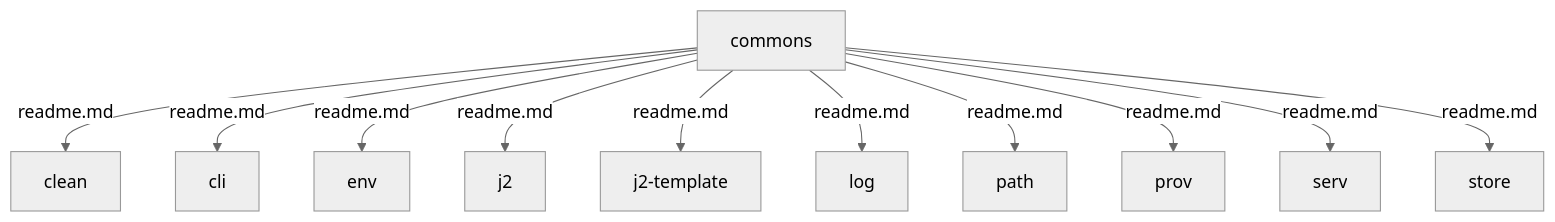
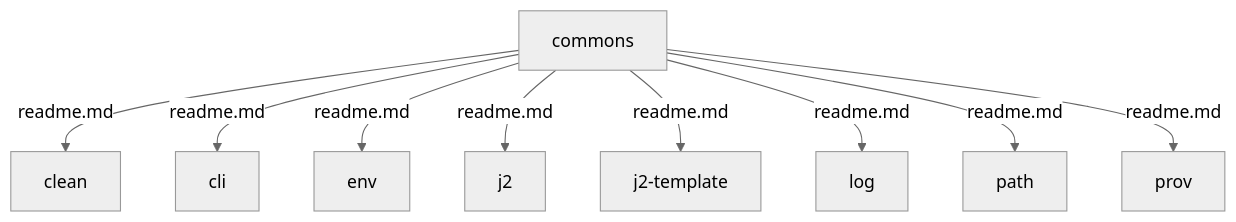
The second of 2 diagrams in README.md (vliz-be-opsci/py-sema), drawn with Mermaid (neutral theme) before and after one commit. The commit also changed other lines of this file, not shown here.

Commit message:
fixed docs links

````diff
--- a/README.md
+++ b/README.md
@@ -29,23 +29,19 @@
 ```mermaid
 graph TD
     commons --> | readme.md | clean
-    click clean "./sema/commons/clean/README.md"
+    click clean "https://github.com/vliz-be-opsci/py-sema/blob/main/sema/commons/clean/README.md"
     commons --> | readme.md | cli
-    click cli "./sema/commons/cli/README.md"
+    click cli "https://github.com/vliz-be-opsci/py-sema/blob/main/sema/commons/cli/README.md"
     commons --> | readme.md | env
-    click env "./sema/commons/env/README.md"
+    click env "https://github.com/vliz-be-opsci/py-sema/blob/main/sema/commons/env/README.md"
     commons --> | readme.md | j2
-    click j2 "./sema/commons/j2/README.md"
+    click j2 "https://github.com/vliz-be-opsci/py-sema/blob/main/sema/commons/j2/README.md"
     commons --> | readme.md | j2-template
-    click j2-template "./sema/commons/j2-template/README.md"
+    click j2-template "https://github.com/vliz-be-opsci/py-sema/blob/main/sema/commons/j2-template/README.md"
     commons --> | readme.md | log
-    click log "./sema/commons/log/README.md"
+    click log "https://github.com/vliz-be-opsci/py-sema/blob/main/sema/commons/log/README.md"
     commons --> | readme.md | path
-    click path "./sema/commons/path/README.md"
+    click path "https://github.com/vliz-be-opsci/py-sema/blob/main/sema/commons/path/README.md"
     commons --> | readme.md | prov
-    click prov "./sema/commons/prov/README.md"
-    commons --> | readme.md | serv
-    click serv "./sema/commons/serv/README.md"
-    commons --> | readme.md | store
-    click store "./sema/commons/store/README.md"
+    click prov "https://github.com/vliz-be-opsci/py-sema/blob/main/sema/commons/prov/README.md"
 ```
````
